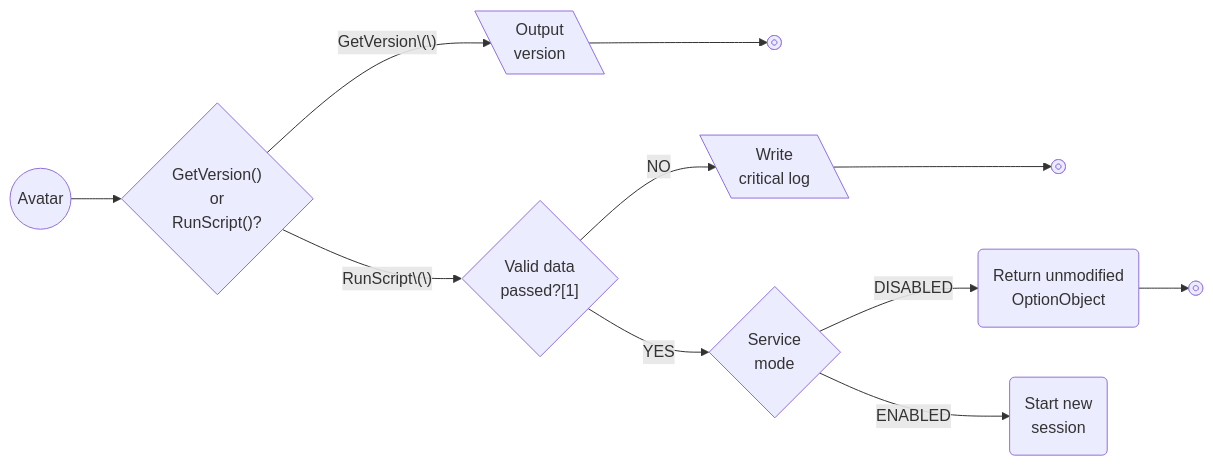
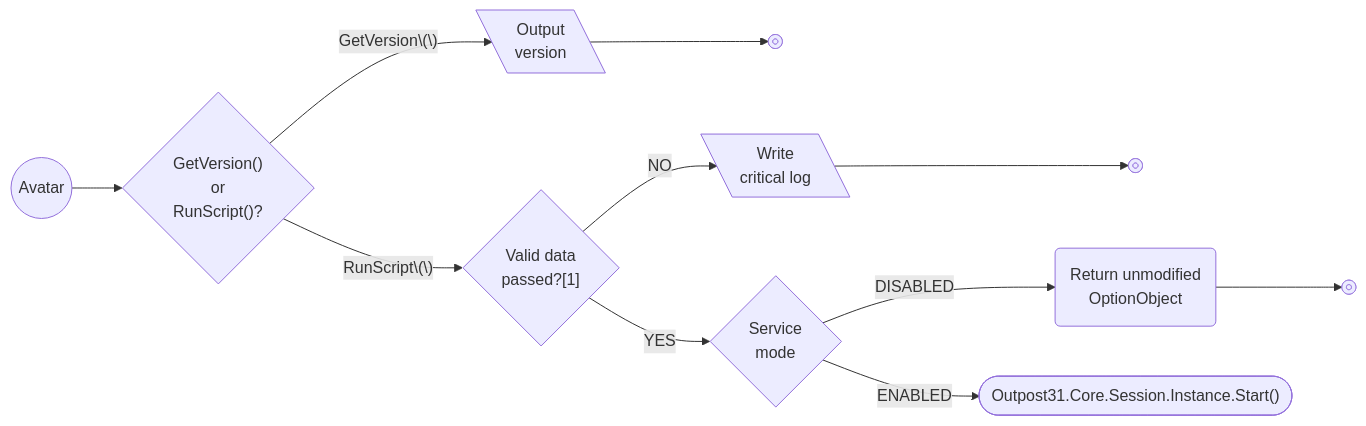
One commit to spectrum-health-systems/tingen-documentation changed the second of 4 diagrams in dev/workflow-application.md. Above: the diagram before and after it, drawn with Mermaid. The commit also changed other lines of this file and 2 other files, not shown here.

````diff
--- a/dev/workflow-application.md
+++ b/dev/workflow-application.md
@@ -7,24 +23,24 @@
 ```mermaid
 flowchart LR
   %% Content
   Start_TingenWebService@{ shape: circle, label: "Avatar" }
   GetVersionOrRunScript@{ shape: diam, label: "GetVersion()\nor\nRunScript()?" }
   OutputVersion@{ shape: lean-l, label: "Output\nversion" }
   Stop_GetVersion@{ shape: fr-circ }
   ValidDataPassed@{ shape: diam, label: "Valid data\npassed?[1]" }
   CriticalNoValidData@{ shape: lean-l, label: "Write\ncritical log" }
   Stop_ValidDataNotPassed@{ shape: fr-circ }
   ServiceMode@{ shape: diam, label: "Service\nmode" }
   ReturnUnmodified@{ shape: rounded, label: "Return unmodified\nOptionObject" }
-  StartSession@{ shape: rounded, label: "Start new\n session" }
+  To_Outpost31.Core.Session.Instance.Start@{ shape: stadium, label: "Outpost31.Core.Session.Instance.Start()" }
   Stop_Disabled@{ shape: fr-circ }
   %% Layout
   Start_TingenWebService --> GetVersionOrRunScript
   GetVersionOrRunScript --GetVersion\(\)--> OutputVersion --> Stop_GetVersion
   GetVersionOrRunScript --RunScript\(\)--> ValidDataPassed
   ValidDataPassed --NO--> CriticalNoValidData --> Stop_ValidDataNotPassed
   ValidDataPassed --YES--> ServiceMode
-  ServiceMode --ENABLED--> StartSession
+  ServiceMode --ENABLED--> To_Outpost31.Core.Session.Instance.Start
   ServiceMode --DISABLED--> ReturnUnmodified --> Stop_Disabled
   %% Styles
 ```
````
